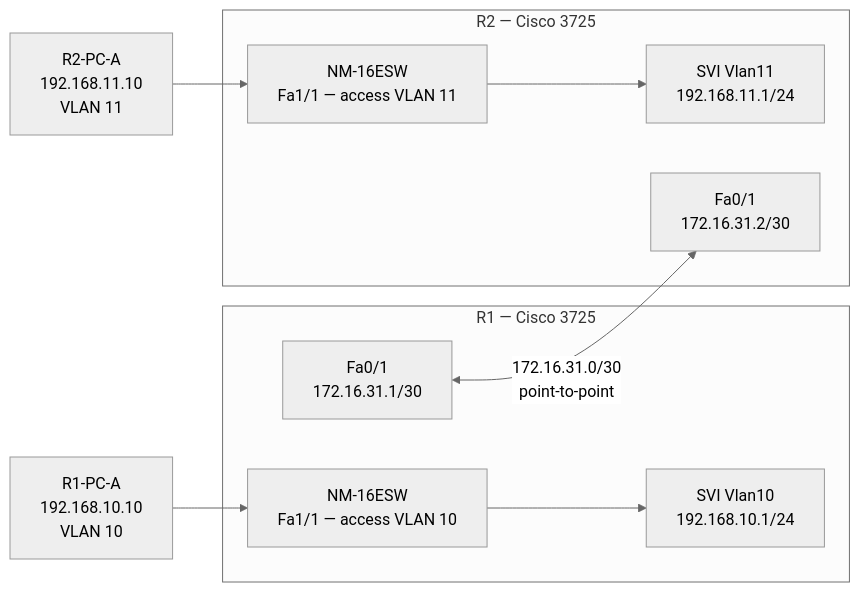
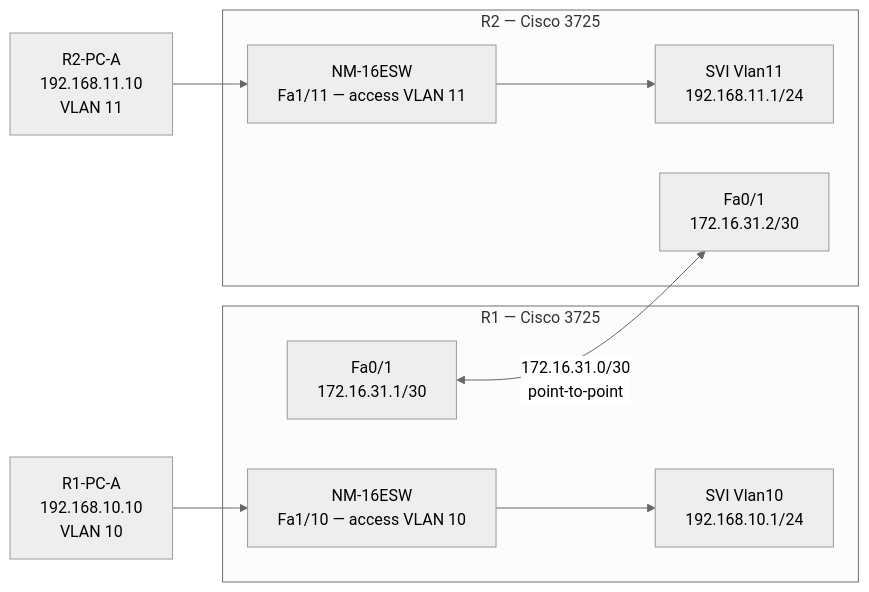
The diagram in docs/session4/topology.md (DaveGirgis/NetworkSwitchLab), drawn with Mermaid (neutral theme) before and after one commit. The commit also changed other lines of this file and 4 other files, not shown here.

First line of the commit message:
Session 4: remove ASCII topology diagram, update access port names to Fa1/10 and Fa1/11

````diff
--- a/docs/session4/topology.md
+++ b/docs/session4/topology.md
@@ -22,20 +3,20 @@
 ```mermaid
 graph LR
     subgraph R1["R1 — Cisco 3725"]
-        R1_NM["NM-16ESW\nFa1/1 — access VLAN 10"]
+        R1_NM["NM-16ESW\nFa1/10 — access VLAN 10"]
         R1_SVI["SVI Vlan10\n192.168.10.1/24"]
         R1_WAN["Fa0/1\n172.16.31.1/30"]
         R1_NM --> R1_SVI
     end
 
     subgraph R2["R2 — Cisco 3725"]
-        R2_NM["NM-16ESW\nFa1/1 — access VLAN 11"]
+        R2_NM["NM-16ESW\nFa1/11 — access VLAN 11"]
         R2_SVI["SVI Vlan11\n192.168.11.1/24"]
         R2_WAN["Fa0/1\n172.16.31.2/30"]
         R2_NM --> R2_SVI
     end
 
     PCA["R1-PC-A\n192.168.10.10\nVLAN 10"] --> R1_NM
     PCB["R2-PC-A\n192.168.11.10\nVLAN 11"] --> R2_NM
     R1_WAN <-->|"172.16.31.0/30\npoint-to-point"| R2_WAN
 ```
````
